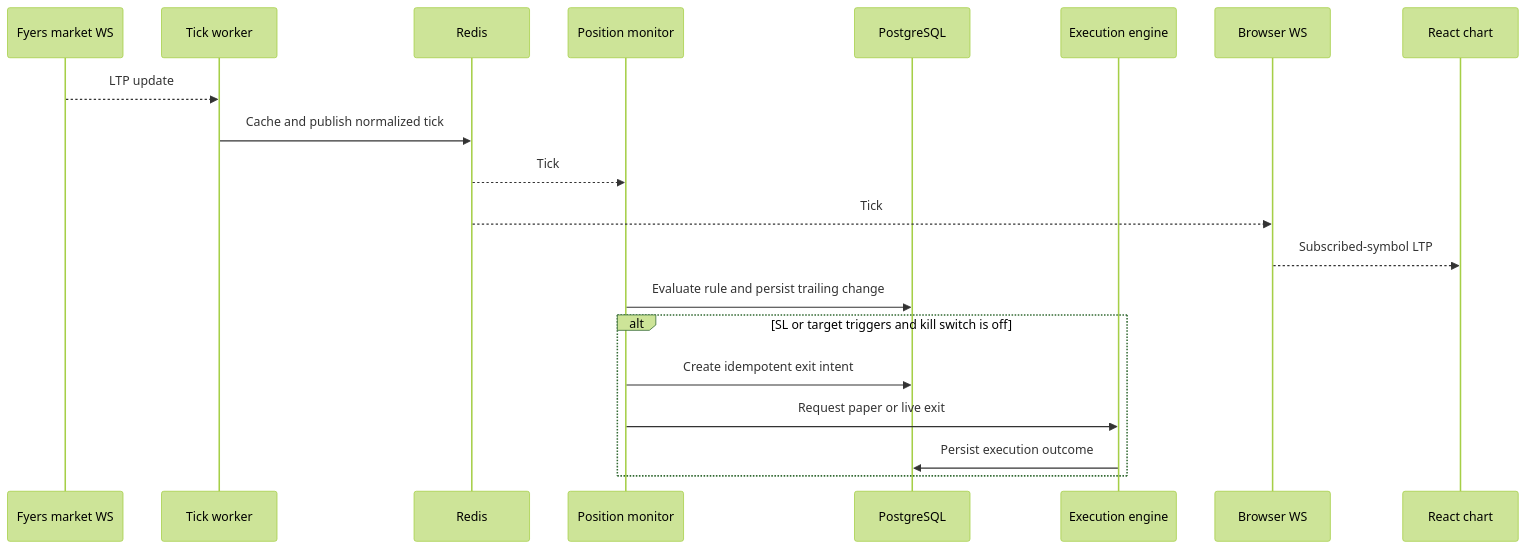
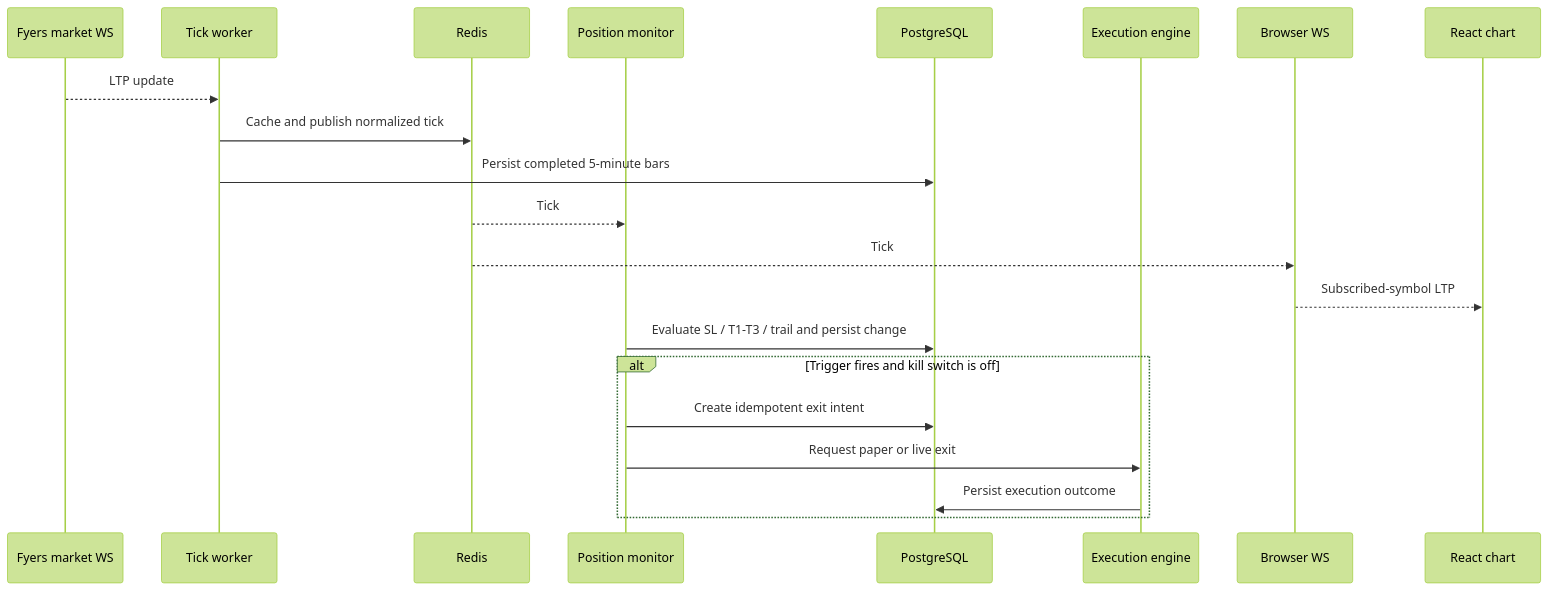
Before and after one commit to visheshgubrani/SwingTraderVCP: the fifth of 5 diagrams in architecture.md, drawn with Mermaid (forest theme). The commit also changed other lines of this file and 32 other files, not shown here.

````diff
--- a/architecture.md
+++ b/architecture.md
@@ -263,23 +495,24 @@
 ```mermaid
 sequenceDiagram
     participant FY as Fyers market WS
     participant TW as Tick worker
     participant R as Redis
     participant PM as Position monitor
     participant DB as PostgreSQL
     participant EE as Execution engine
     participant API as Browser WS
     participant UI as React chart
 
     FY-->>TW: LTP update
     TW->>R: Cache and publish normalized tick
+    TW->>DB: Persist completed 5-minute bars
     R-->>PM: Tick
     R-->>API: Tick
     API-->>UI: Subscribed-symbol LTP
-    PM->>DB: Evaluate rule and persist trailing change
-    alt SL or target triggers and kill switch is off
+    PM->>DB: Evaluate SL / T1-T3 / trail and persist change
+    alt Trigger fires and kill switch is off
         PM->>DB: Create idempotent exit intent
         PM->>EE: Request paper or live exit
         EE->>DB: Persist execution outcome
     end
 ```
````
